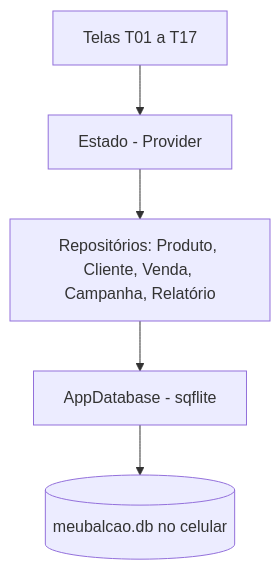
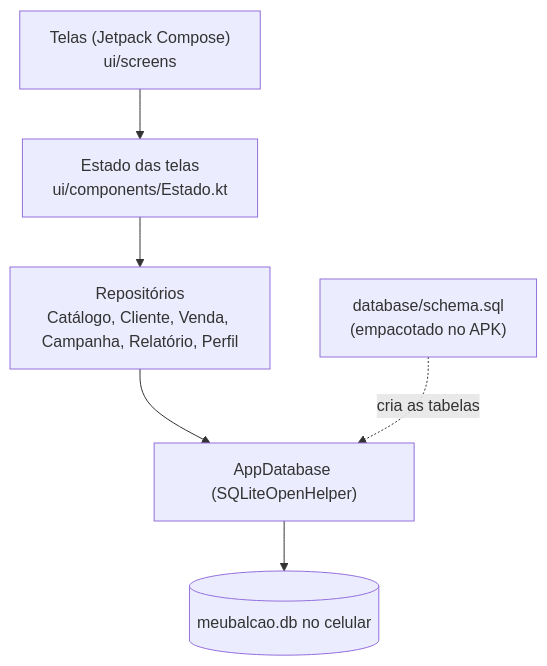
Before and after one commit to Marcus-Monaco/projeto-integrador-2026-2: the diagram in docs/10-banco-local.md, drawn with Mermaid. The commit also changed other lines of this file and 68 other files, not shown here.

````diff
--- a/docs/10-banco-local.md
+++ b/docs/10-banco-local.md
@@ -25,7 +42,8 @@
 ```mermaid
 flowchart TD
-    UI[Telas T01 a T17] --> ST[Estado - Provider]
-    ST --> RP[Repositórios: Produto, Cliente, Venda, Campanha, Relatório]
-    RP --> DB[AppDatabase - sqflite]
-    DB --> F[(meubalcao.db no celular)]
+    UI["Telas (Jetpack Compose)<br/>ui/screens"] --> ST["Estado das telas<br/>ui/components/Estado.kt"]
+    ST --> RP["Repositórios<br/>Catálogo, Cliente, Venda, Campanha, Relatório, Perfil"]
+    RP --> DB["AppDatabase (SQLiteOpenHelper)"]
+    DB --> F[("meubalcao.db no celular")]
+    A["database/schema.sql<br/>(empacotado no APK)"] -.cria as tabelas.-> DB
 ```
````
